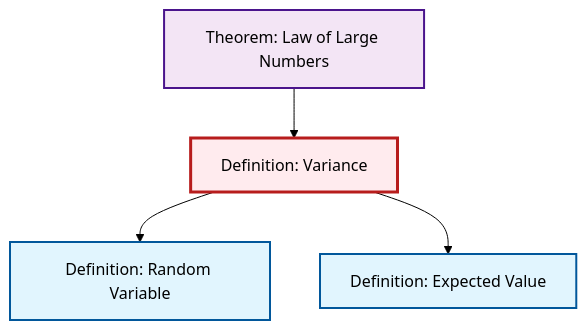
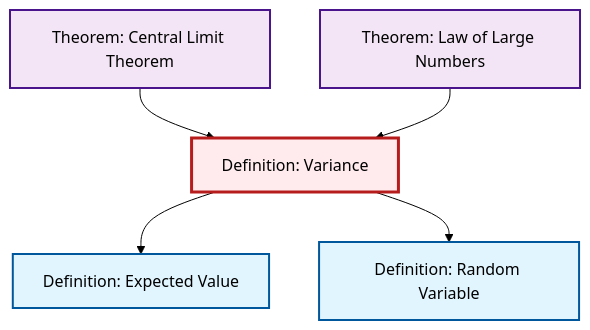
Before and after one commit to RK0429/ModernMath: the second of 2 diagrams in content/ja/probability-statistics/def-variance.qmd, drawn with Mermaid (forest theme). The commit also changed other lines of this file and 491 other files, not shown here.

First line of the commit message:
feat: Add Central Limit Theorem article with comprehensive cross-references

````diff
--- a/content/ja/probability-statistics/def-variance.qmd
+++ b/content/ja/probability-statistics/def-variance.qmd
@@ -96,20 +102,23 @@
 ```{mermaid}
 %%| fig-cap: "Local dependency graph"
 graph TD
     classDef definition fill:#e1f5fe,stroke:#01579b,stroke-width:2px
     classDef theorem fill:#f3e5f5,stroke:#4a148c,stroke-width:2px
     classDef axiom fill:#fff3e0,stroke:#e65100,stroke-width:2px
     classDef example fill:#e8f5e9,stroke:#1b5e20,stroke-width:2px
     classDef current fill:#ffebee,stroke:#b71c1c,stroke-width:3px
-    def-variance["Definition: Variance"]:::definition
+    def-expectation["Definition: Expected Value"]:::definition
+    thm-central-limit["Theorem: Central Limit Theorem"]:::theorem
     def-random-variable["Definition: Random Variable"]:::definition
     thm-law-of-large-numbers["Theorem: Law of Large Numbers"]:::theorem
-    def-expectation["Definition: Expected Value"]:::definition
+    def-variance["Definition: Variance"]:::definition
+    def-variance --> def-expectation
+    thm-central-limit --> def-variance
+    thm-law-of-large-numbers --> def-variance
     def-variance --> def-random-variable
-    def-variance --> def-expectation
-    thm-law-of-large-numbers --> def-variance
     class def-variance current
+    click def-expectation "def-expectation.html" "Definition: Expected Valueへ"
+    click thm-central-limit "thm-central-limit.html" "Theorem: Central Limit Theoremへ"
     click def-random-variable "def-random-variable.html" "Definition: Random Variableへ"
     click thm-law-of-large-numbers "thm-law-of-large-numbers.html" "Theorem: Law of Large Numbersへ"
-    click def-expectation "def-expectation.html" "Definition: Expected Valueへ"
 ```
````
